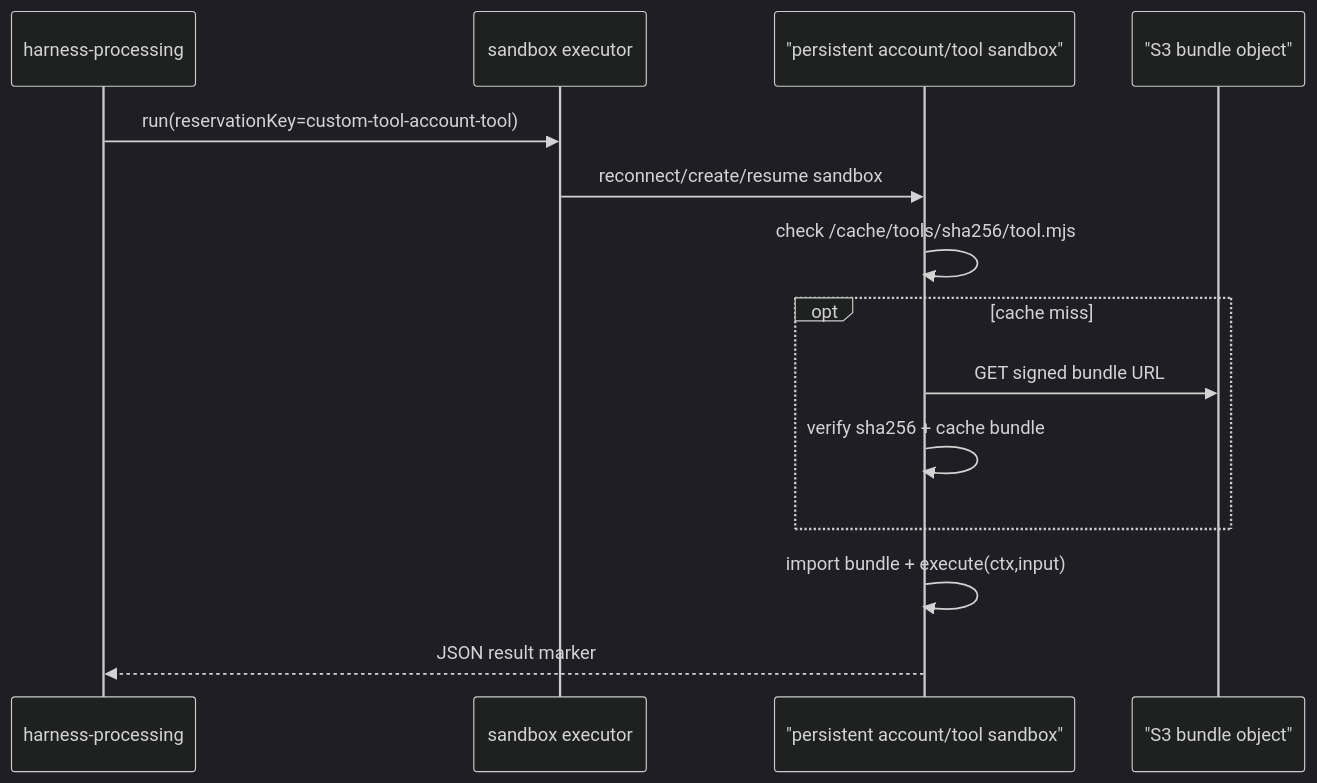
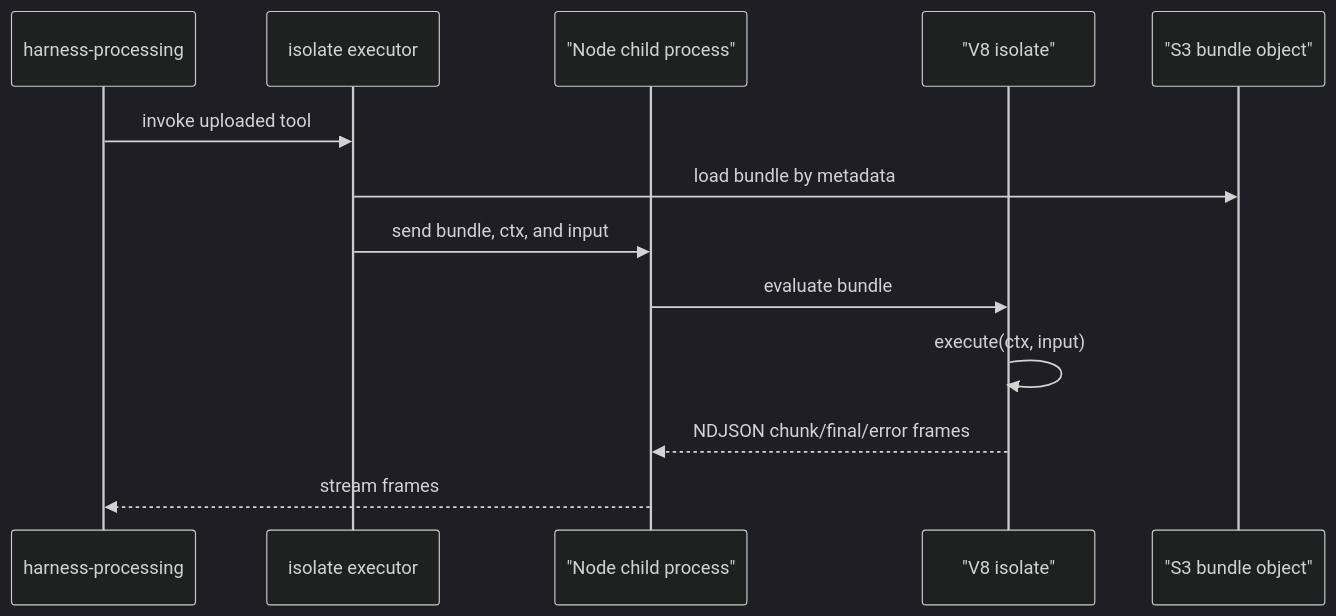
Before and after one commit to beeblastco/broods: the second of 3 diagrams in apps/docs/docs/tools.md, drawn with Mermaid (dark theme). The commit also changed other lines of this file, not shown here.

First line of the commit message:
docs: custom tools run in the V8 isolate tier, not a sandbox worker

````diff
--- a/apps/docs/docs/tools.md
+++ b/apps/docs/docs/tools.md
@@ -58,17 +62,16 @@
 ```mermaid
 sequenceDiagram
   participant H as harness-processing
-  participant K as sandbox executor
-  participant P as "persistent account/tool sandbox"
+  participant E as isolate executor
+  participant N as "Node child process"
+  participant V as "V8 isolate"
   participant S as "S3 bundle object"
 
-  H->>K: run(reservationKey=custom-tool-account-tool)
-  K->>P: reconnect/create/resume sandbox
-  P->>P: check /cache/tools/sha256/tool.mjs
-  opt cache miss
-    P->>S: GET signed bundle URL
-    P->>P: verify sha256 + cache bundle
-  end
-  P->>P: import bundle + execute(ctx,input)
-  P-->>H: JSON result marker
+  H->>E: invoke uploaded tool
+  E->>S: load bundle by metadata
+  E->>N: send bundle, ctx, and input
+  N->>V: evaluate bundle
+  V->>V: execute(ctx, input)
+  V-->>N: NDJSON chunk/final/error frames
+  N-->>H: stream frames
 ```
````
